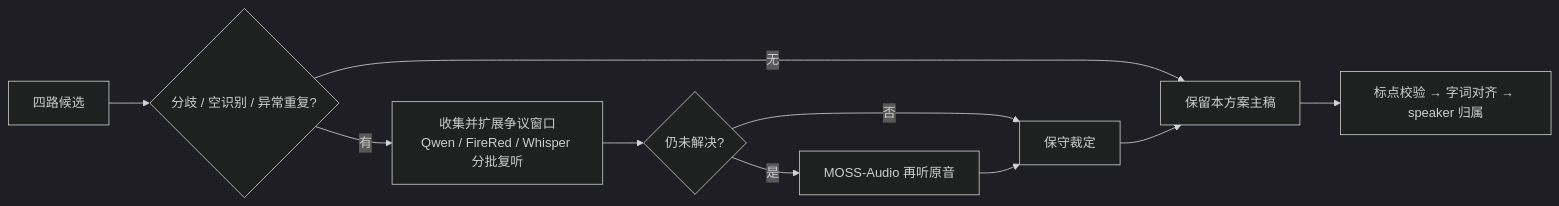
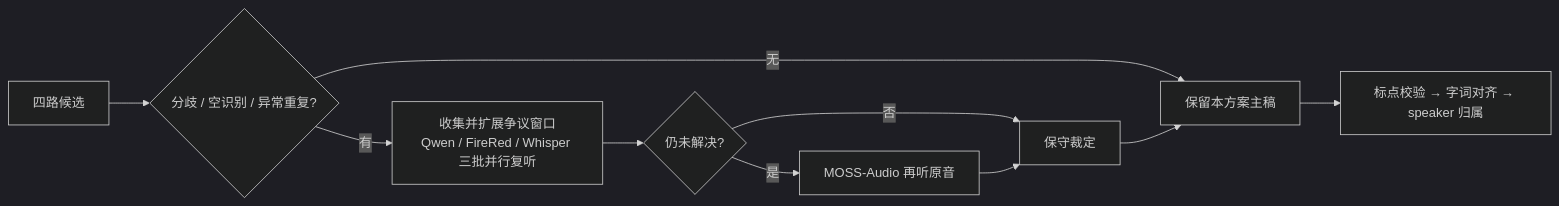
The fourth of 5 diagrams in platform/container/services/asr/DESIGN.md (curoky/codespace), drawn with Mermaid (dark theme) before and after one commit. The commit also changed other lines of this file and 74 other files, not shown here.

````diff
--- a/platform/container/services/asr/DESIGN.md
+++ b/platform/container/services/asr/DESIGN.md
@@ -175,12 +195,12 @@
 ```mermaid
 flowchart LR
     A[四路候选] --> D{分歧 / 空识别 / 异常重复?}
     D -->|无| P[保留本方案主稿]
-    D -->|有| R[收集并扩展争议窗口<br/>Qwen / FireRed / Whisper 分批复听]
+    D -->|有| R[收集并扩展争议窗口<br/>Qwen / FireRed / Whisper 三批并行复听]
     R --> U{仍未解决?}
     U -->|是| M[MOSS-Audio 再听原音]
     U -->|否| J[保守裁定]
     M --> J
     J --> P
     P --> T[标点校验 → 字词对齐 → speaker 归属]
 ```
````
